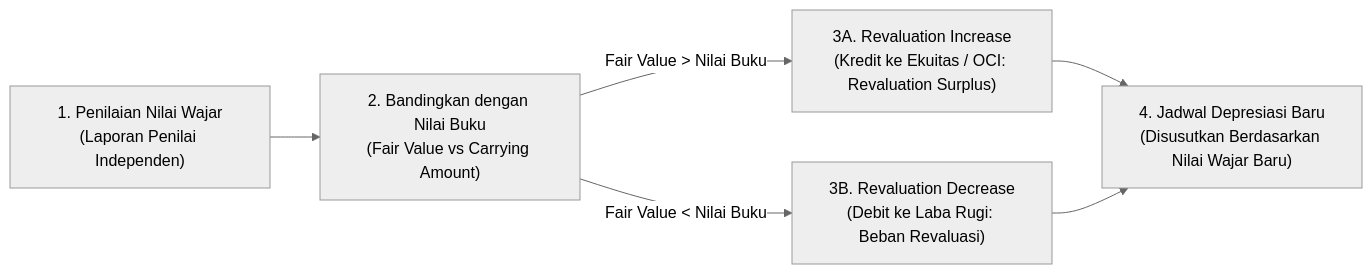
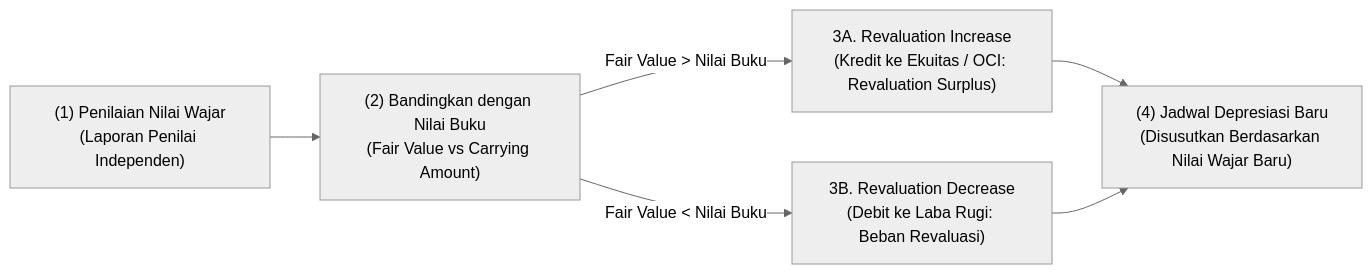
The first of 2 diagrams in content/08-assets/asset-revaluation.md (alimurrofid/erp-notes), drawn with Mermaid (neutral theme) before and after one commit. The commit also changed other lines of this file and 132 other files, not shown here.

````diff
--- a/content/08-assets/asset-revaluation.md
+++ b/content/08-assets/asset-revaluation.md
@@ -14,8 +14,8 @@
 ```mermaid
 flowchart LR
-    FairVal["1. Penilaian Nilai Wajar<br/>(Laporan Penilai Independen)"] --> Comp["2. Bandingkan dengan Nilai Buku<br/>(Fair Value vs Carrying Amount)"]
+    FairVal["(1) Penilaian Nilai Wajar<br/>(Laporan Penilai Independen)"] --> Comp["(2) Bandingkan dengan Nilai Buku<br/>(Fair Value vs Carrying Amount)"]
     Comp -->|Fair Value > Nilai Buku| Surplus["3A. Revaluation Increase<br/>(Kredit ke Ekuitas / OCI: Revaluation Surplus)"]
     Comp -->|Fair Value < Nilai Buku| Deficit["3B. Revaluation Decrease<br/>(Debit ke Laba Rugi: Beban Revaluasi)"]
-    Surplus --> Sched["4. Jadwal Depresiasi Baru<br/>(Disusutkan Berdasarkan Nilai Wajar Baru)"]
+    Surplus --> Sched["(4) Jadwal Depresiasi Baru<br/>(Disusutkan Berdasarkan Nilai Wajar Baru)"]
     Deficit --> Sched
 ```
````
